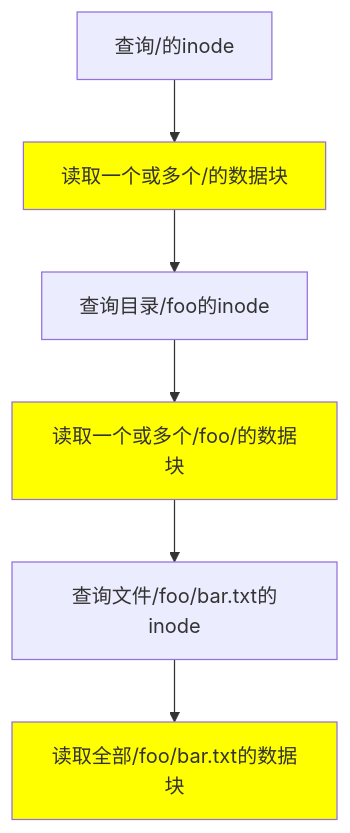
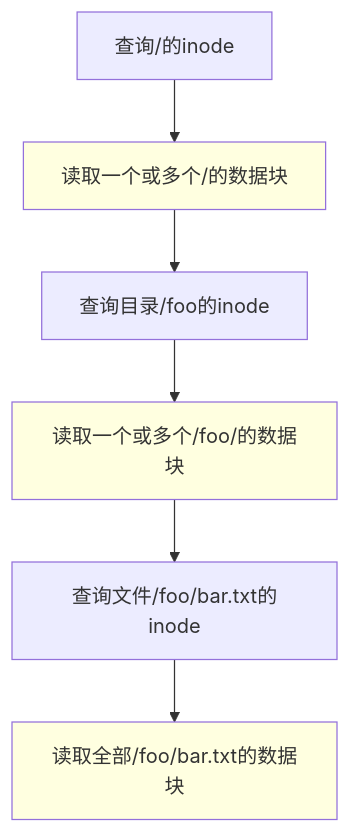
One commit to fightinggg/hexo-blog changed the first of 2 diagrams in source/_posts/Reading/操作系统导论.md. Above: the diagram before and after it, drawn with Mermaid. The commit also changed other lines of this file, not shown here.

````diff
--- a/source/_posts/Reading/操作系统导论.md
+++ b/source/_posts/Reading/操作系统导论.md
@@ -1492,8 +1492,8 @@
 ```mermaid
 graph TB
   A[查询/的inode]-->B[读取一个或多个/的数据块 ]-->C[查询目录/foo的inode]-->D
   D[读取一个或多个/foo/的数据块]-->E[查询文件/foo/bar.txt的inode]-->F[读取全部/foo/bar.txt的数据块]
-  style B fill: yellow
-  style D fill: yellow
-  style F fill: yellow
+  style B fill: lightyellow
+  style D fill: lightyellow
+  style F fill: lightyellow
 ```
````
